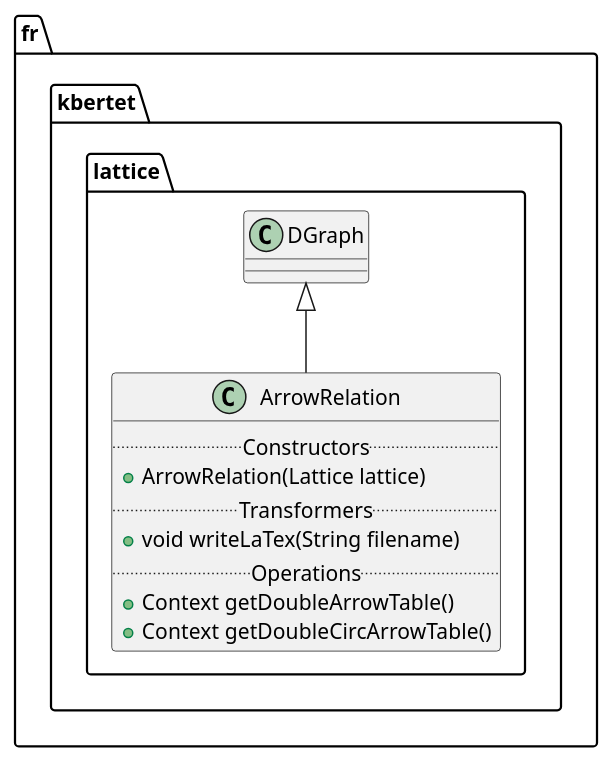
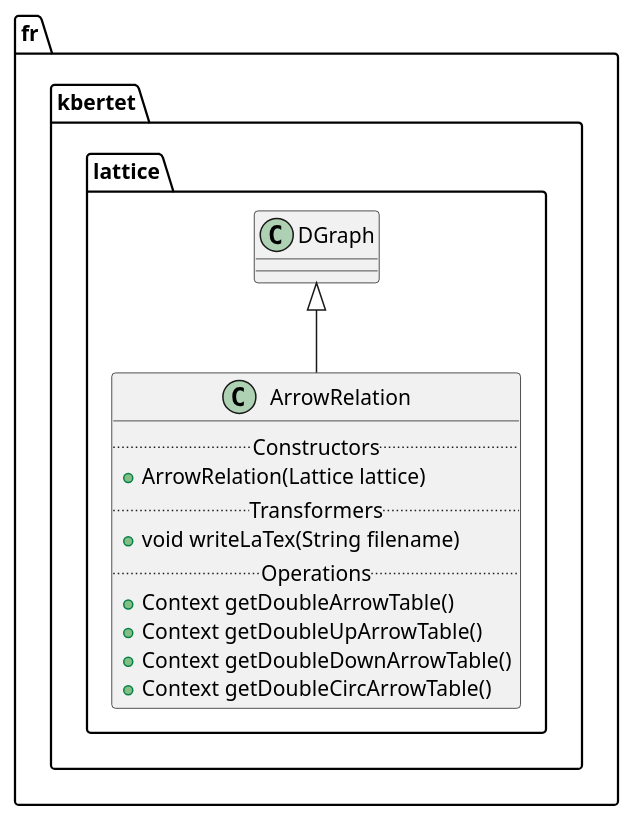
Before and after one commit to thegalactic/java-lattices: the diagram in src/fr/kbertet/lattice/ArrowRelation.iuml, drawn with PlantUML. The commit also changed 6 other files, not shown here.

Commit message:
Added : + getDoubleDownArrowTable & getDoubleUpArrowTable in ArrowRelation class + getSubContext in Context class

```diff
--- a/src/fr/kbertet/lattice/ArrowRelation.iuml
+++ b/src/fr/kbertet/lattice/ArrowRelation.iuml
@@ -1,13 +1,15 @@
 package fr.kbertet.lattice {
     class ArrowRelation {
         .. Constructors ..
         +ArrowRelation(Lattice lattice)
         .. Transformers ..
         +void writeLaTex(String filename)
         .. Operations ..
         +Context getDoubleArrowTable()
+        +Context getDoubleUpArrowTable()
+        +Context getDoubleDownArrowTable()
         +Context getDoubleCircArrowTable()
     }
 
     DGraph <|-- ArrowRelation
 }
```
